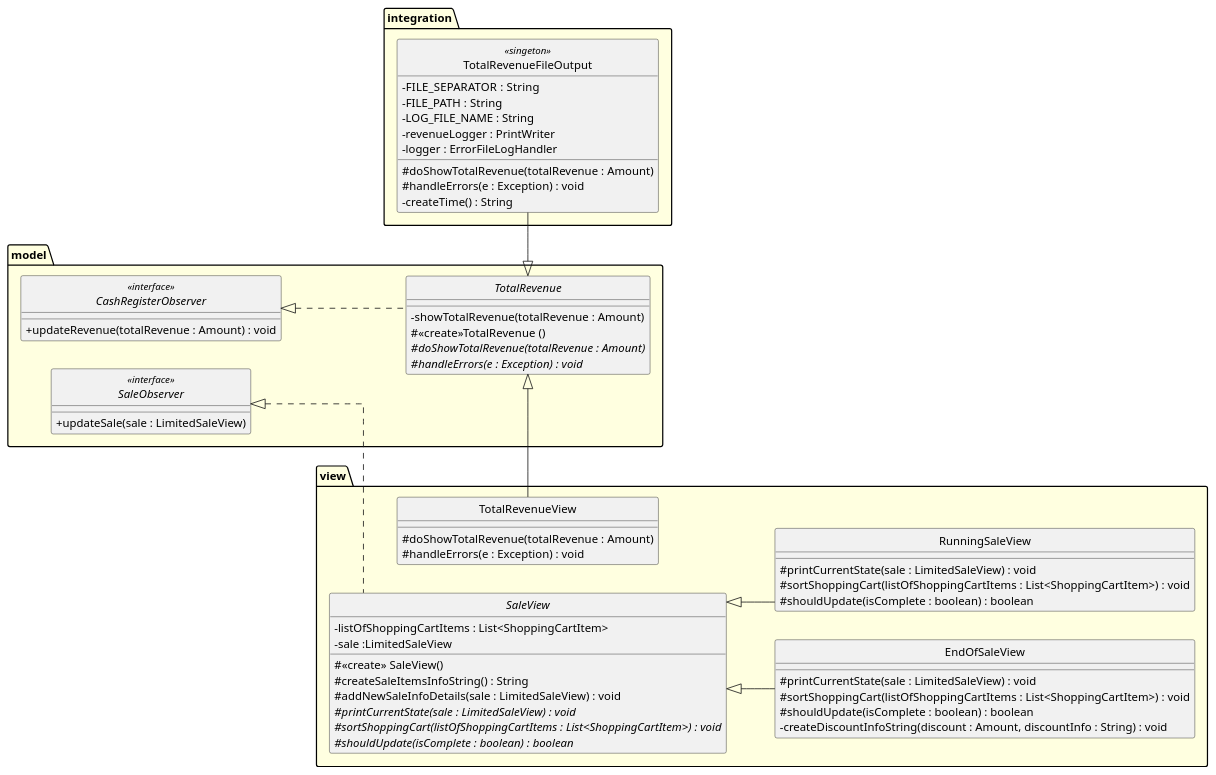
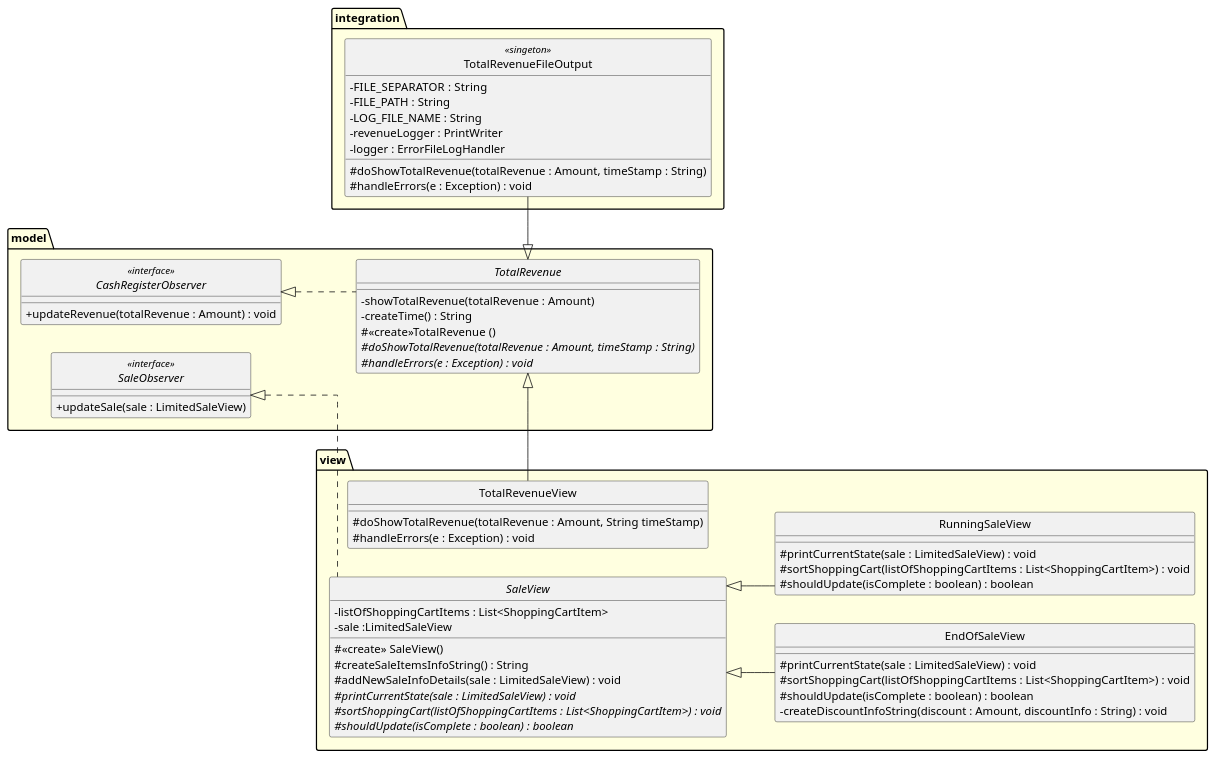
The diagram in uml/uml_adp_tasks.puml (VincentFerrigan/kth-iv1350-object-oriented-design), drawn with PlantUML before and after one commit. The commit also changed 12 other files, not shown here.

```diff
--- a/uml/uml_adp_tasks.puml
+++ b/uml/uml_adp_tasks.puml
@@ -1,75 +1,75 @@
 @startuml
 hide circle
 skinparam linetype ortho
 skinparam package {
 BackgroundColor LightYellow
 }
 'top to bottom direction
 left to right direction
 skinparam ClassAttributeIconSize 0
 
 package model {
   abstract class TotalRevenue {
 - showTotalRevenue(totalRevenue : Amount)
+- createTime() : String
 # <<create>>TotalRevenue ()
-# {abstract} doShowTotalRevenue(totalRevenue : Amount)
+# {abstract} doShowTotalRevenue(totalRevenue : Amount, timeStamp : String)
 # {abstract} handleErrors(e : Exception) : void
 }
   interface SaleObserver <<interface>> {
 + updateSale(sale : LimitedSaleView)
   }
   interface CashRegisterObserver <<interface>> {
 + updateRevenue(totalRevenue : Amount) : void
   }
 }
 
 package view {
   abstract class SaleView {
   - listOfShoppingCartItems : List<ShoppingCartItem>
   - sale :LimitedSaleView
   # <<create>> SaleView()
   # createSaleItemsInfoString() : String
   # addNewSaleInfoDetails(sale : LimitedSaleView) : void
   # {abstract} printCurrentState(sale : LimitedSaleView) : void
   # {abstract} sortShoppingCart(listOfShoppingCartItems : List<ShoppingCartItem>) : void
   # {abstract} shouldUpdate(isComplete : boolean) : boolean
   }
   class EndOfSaleView {
   # printCurrentState(sale : LimitedSaleView) : void
   # sortShoppingCart(listOfShoppingCartItems : List<ShoppingCartItem>) : void
   # shouldUpdate(isComplete : boolean) : boolean
   - createDiscountInfoString(discount : Amount, discountInfo : String) : void
     }
   class RunningSaleView {
   # printCurrentState(sale : LimitedSaleView) : void
   # sortShoppingCart(listOfShoppingCartItems : List<ShoppingCartItem>) : void
   # shouldUpdate(isComplete : boolean) : boolean
   }
   class TotalRevenueView {
-  # doShowTotalRevenue(totalRevenue : Amount)
+  # doShowTotalRevenue(totalRevenue : Amount, String timeStamp)
   # handleErrors(e : Exception) : void
   }
 }
 package integration {
   class TotalRevenueFileOutput <<singeton>> {
   - FILE_SEPARATOR  : String
   - FILE_PATH : String
   - LOG_FILE_NAME : String
   - revenueLogger : PrintWriter
   - logger : ErrorFileLogHandler
-  # doShowTotalRevenue(totalRevenue : Amount)
+  # doShowTotalRevenue(totalRevenue : Amount, timeStamp : String)
   # handleErrors(e : Exception) : void
-  - createTime() : String
   }
 }
 
 'interfaces
 CashRegisterObserver <|-[dashed]- TotalRevenue
 TotalRevenue <|- TotalRevenueView
 TotalRevenue <|- TotalRevenueFileOutput
 
 SaleObserver <|-[dashed]- SaleView
 SaleView <|-- EndOfSaleView
 SaleView <|-- RunningSaleView
 
 @enduml
```
